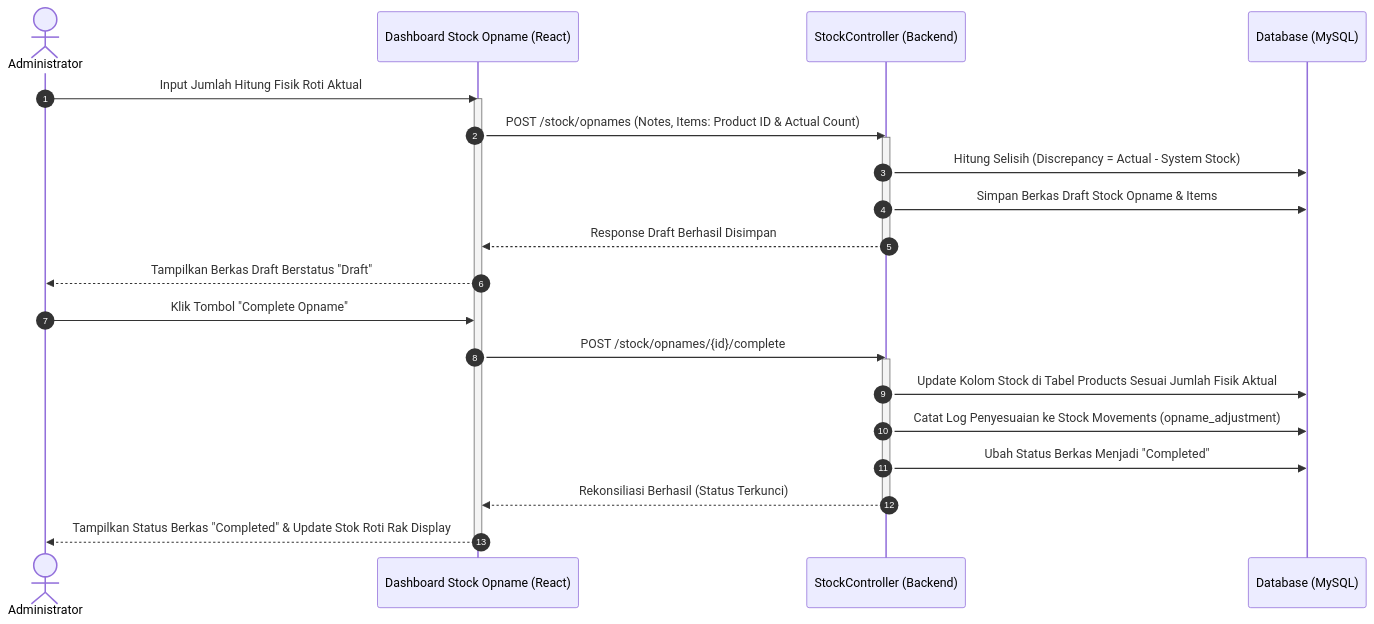
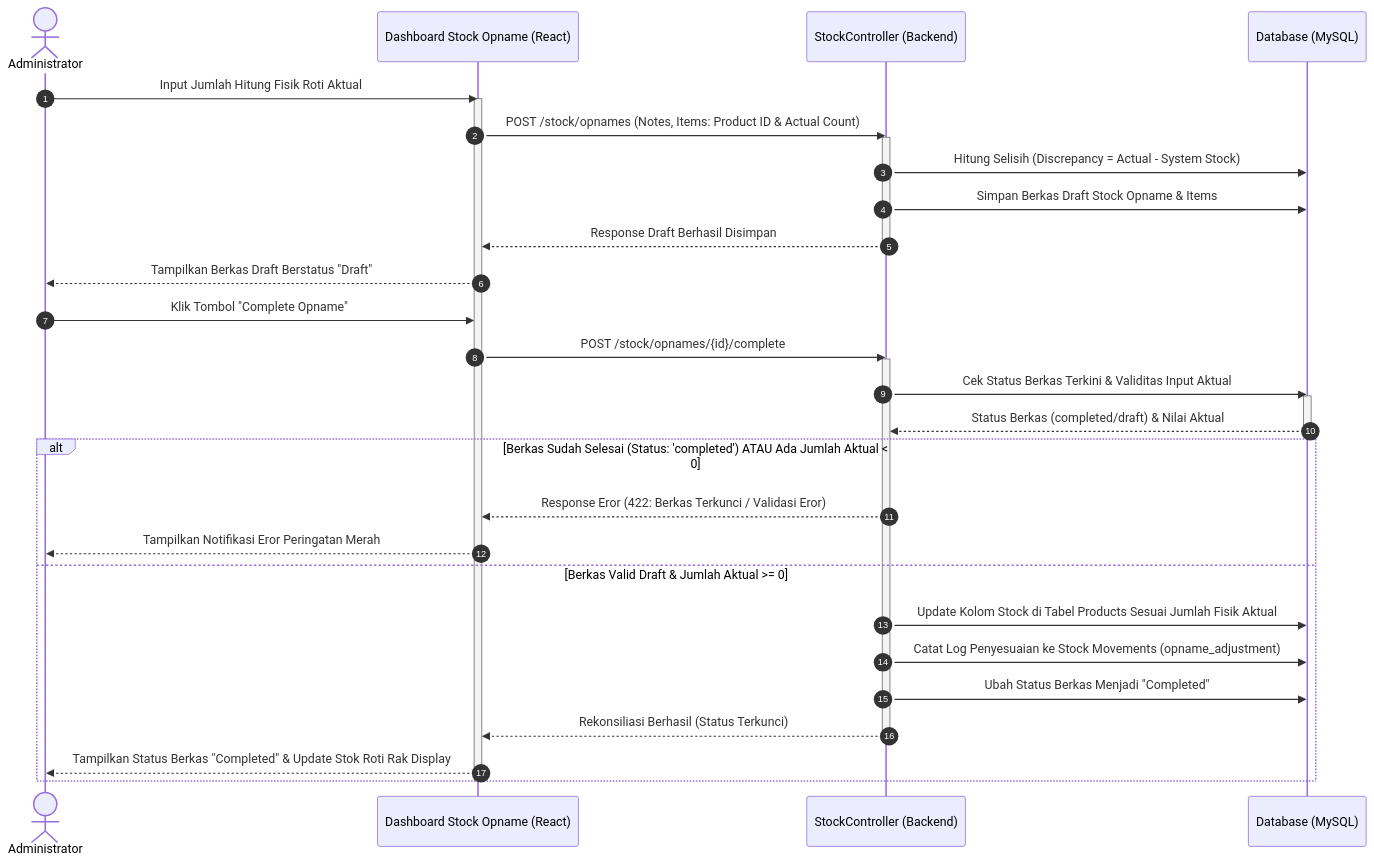
The eighth of 14 diagrams in documentation.md (Hnzsama/kala_karsa), drawn with Mermaid before and after one commit. The commit also changed other lines of this file, not shown here.

Commit message:
docs: add comprehensive stock opname validation and error checking logic to DFD, Sequence, and Activity diagrams

````diff
--- a/documentation.md
+++ b/documentation.md
@@ -453,29 +498,38 @@
 ```mermaid
 sequenceDiagram
     autonumber
     actor Adm as Administrator
     participant UI as Dashboard Stock Opname (React)
     participant Ctrl as StockController (Backend)
     participant DB as Database (MySQL)
 
     Adm->>UI: Input Jumlah Hitung Fisik Roti Aktual
     activate UI
     UI->>Ctrl: POST /stock/opnames (Notes, Items: Product ID & Actual Count)
     activate Ctrl
     Ctrl->>DB: Hitung Selisih (Discrepancy = Actual - System Stock)
     Ctrl->>DB: Simpan Berkas Draft Stock Opname & Items
     Ctrl-->>UI: Response Draft Berhasil Disimpan
     deactivate Ctrl
     UI-->>Adm: Tampilkan Berkas Draft Berstatus "Draft"
     
     Adm->>UI: Klik Tombol "Complete Opname"
     UI->>Ctrl: POST /stock/opnames/{id}/complete
     activate Ctrl
-    Ctrl->>DB: Update Kolom Stock di Tabel Products Sesuai Jumlah Fisik Aktual
-    Ctrl->>DB: Catat Log Penyesuaian ke Stock Movements (opname_adjustment)
-    Ctrl->>DB: Ubah Status Berkas Menjadi "Completed"
-    Ctrl-->>UI: Rekonsiliasi Berhasil (Status Terkunci)
-    deactivate Ctrl
-    UI-->>Adm: Tampilkan Status Berkas "Completed" & Update Stok Roti Rak Display
+    Ctrl->>DB: Cek Status Berkas Terkini & Validitas Input Aktual
+    activate DB
+    DB-->>Ctrl: Status Berkas (completed/draft) & Nilai Aktual
+    deactivate DB
+    alt Berkas Sudah Selesai (Status: 'completed') ATAU Ada Jumlah Aktual < 0
+        Ctrl-->>UI: Response Eror (422: Berkas Terkunci / Validasi Eror)
+        UI-->>Adm: Tampilkan Notifikasi Eror Peringatan Merah
+    else Berkas Valid Draft & Jumlah Aktual >= 0
+        Ctrl->>DB: Update Kolom Stock di Tabel Products Sesuai Jumlah Fisik Aktual
+        Ctrl->>DB: Catat Log Penyesuaian ke Stock Movements (opname_adjustment)
+        Ctrl->>DB: Ubah Status Berkas Menjadi "Completed"
+        Ctrl-->>UI: Rekonsiliasi Berhasil (Status Terkunci)
+        deactivate Ctrl
+        UI-->>Adm: Tampilkan Status Berkas "Completed" & Update Stok Roti Rak Display
+    end
     deactivate UI
 ```
````
